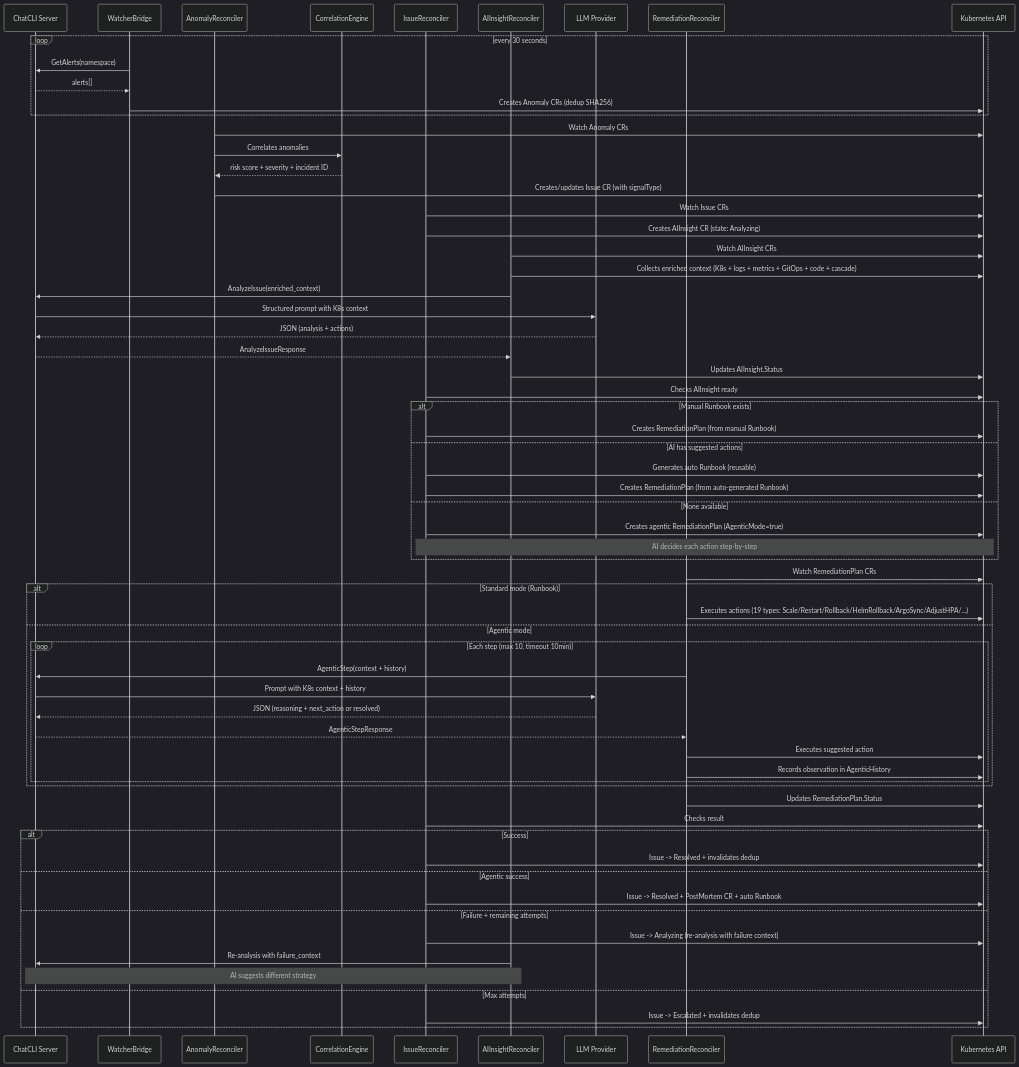
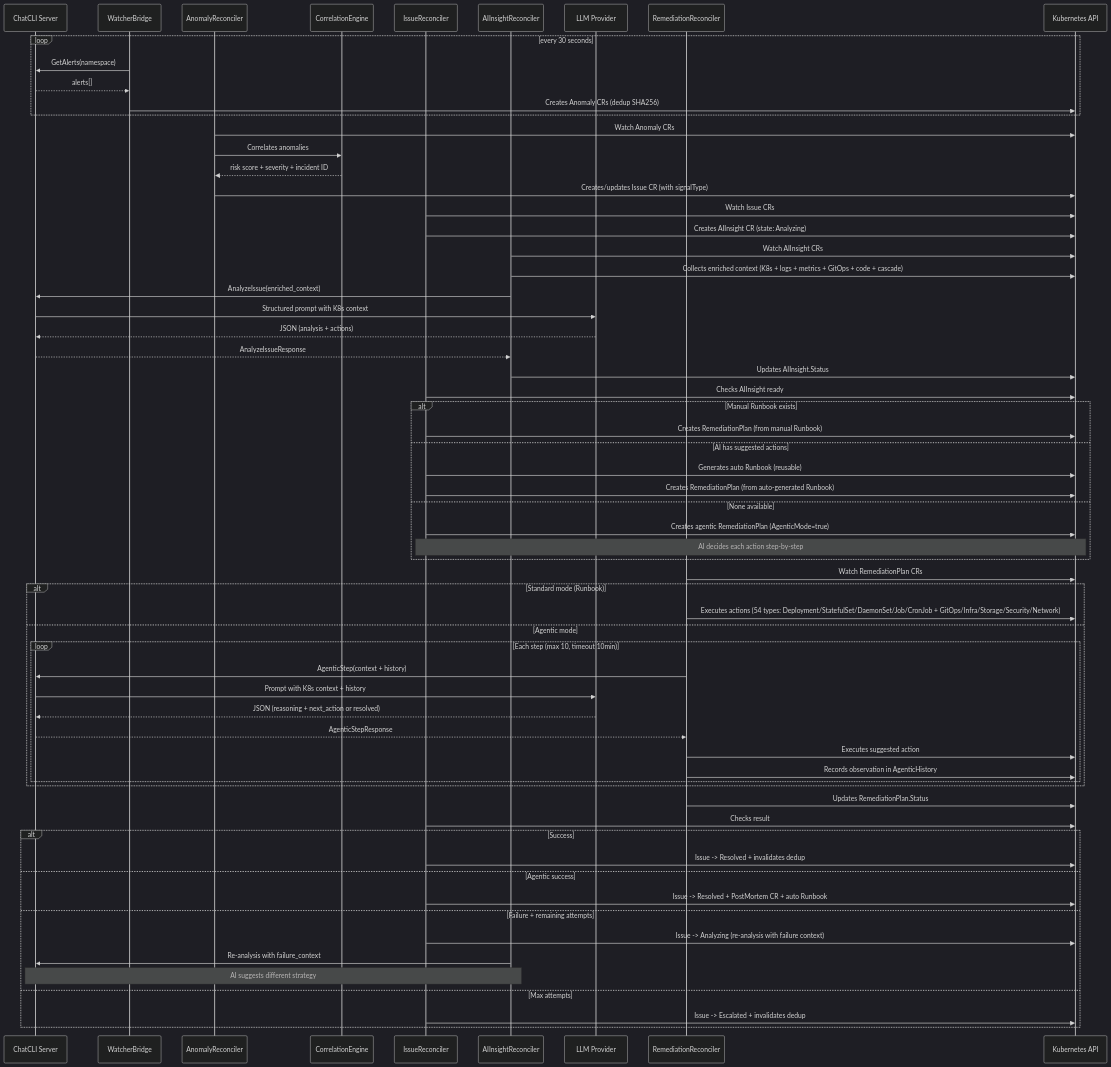
One commit to diillson/chatcli.ai changed the first of 3 diagrams in en/features/aiops-platform.mdx. Above: the diagram before and after it, drawn with Mermaid (dark theme). The commit also changed other lines of this file and 5 other files, not shown here.

First line of the commit message:
docs: expand AIOps documentation for 54 remediation actions across all workload types

````diff
--- a/en/features/aiops-platform.mdx
+++ b/en/features/aiops-platform.mdx
@@ -47,74 +47,74 @@
 ```mermaid
 sequenceDiagram
     participant Server as ChatCLI Server
     participant WB as WatcherBridge
     participant AR as AnomalyReconciler
     participant CE as CorrelationEngine
     participant IR as IssueReconciler
     participant AIR as AIInsightReconciler
     participant LLM as LLM Provider
     participant RR as RemediationReconciler
     participant K8s as Kubernetes API
 
     loop every 30 seconds
         WB->>Server: GetAlerts(namespace)
         Server-->>WB: alerts[]
         WB->>K8s: Creates Anomaly CRs (dedup SHA256)
     end
 
     AR->>K8s: Watch Anomaly CRs
     AR->>CE: Correlates anomalies
     CE-->>AR: risk score + severity + incident ID
     AR->>K8s: Creates/updates Issue CR (with signalType)
 
     IR->>K8s: Watch Issue CRs
     IR->>K8s: Creates AIInsight CR (state: Analyzing)
 
     AIR->>K8s: Watch AIInsight CRs
     AIR->>K8s: Collects enriched context (K8s + logs + metrics + GitOps + code + cascade)
     AIR->>Server: AnalyzeIssue(enriched_context)
     Server->>LLM: Structured prompt with K8s context
     LLM-->>Server: JSON (analysis + actions)
     Server-->>AIR: AnalyzeIssueResponse
     AIR->>K8s: Updates AIInsight.Status
 
     IR->>K8s: Checks AIInsight ready
     alt Manual Runbook exists
         IR->>K8s: Creates RemediationPlan (from manual Runbook)
     else AI has suggested actions
         IR->>K8s: Generates auto Runbook (reusable)
         IR->>K8s: Creates RemediationPlan (from auto-generated Runbook)
     else None available
         IR->>K8s: Creates agentic RemediationPlan (AgenticMode=true)
         Note over IR,K8s: AI decides each action step-by-step
     end
 
     RR->>K8s: Watch RemediationPlan CRs
 
     alt Standard mode (Runbook)
-        RR->>K8s: Executes actions (19 types: Scale/Restart/Rollback/HelmRollback/ArgoSync/AdjustHPA/...)
+        RR->>K8s: Executes actions (54 types: Deployment/StatefulSet/DaemonSet/Job/CronJob + GitOps/Infra/Storage/Security/Network)
     else Agentic mode
         loop Each step (max 10, timeout 10min)
             RR->>Server: AgenticStep(context + history)
             Server->>LLM: Prompt with K8s context + history
             LLM-->>Server: JSON (reasoning + next_action or resolved)
             Server-->>RR: AgenticStepResponse
             RR->>K8s: Executes suggested action
             RR->>K8s: Records observation in AgenticHistory
         end
     end
     RR->>K8s: Updates RemediationPlan.Status
 
     IR->>K8s: Checks result
     alt Success
         IR->>K8s: Issue -> Resolved + invalidates dedup
     else Agentic success
         IR->>K8s: Issue -> Resolved + PostMortem CR + auto Runbook
     else Failure + remaining attempts
         IR->>K8s: Issue -> Analyzing (re-analysis with failure context)
         AIR->>Server: Re-analysis with failure_context
         Note over AIR,Server: AI suggests different strategy
     else Max attempts
         IR->>K8s: Issue -> Escalated + invalidates dedup
     end
 ```
````
